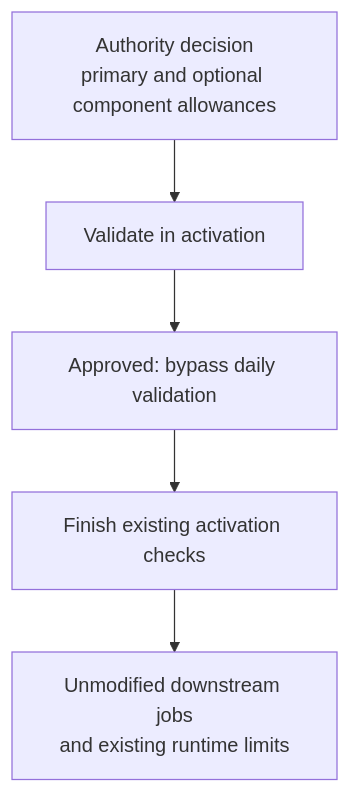
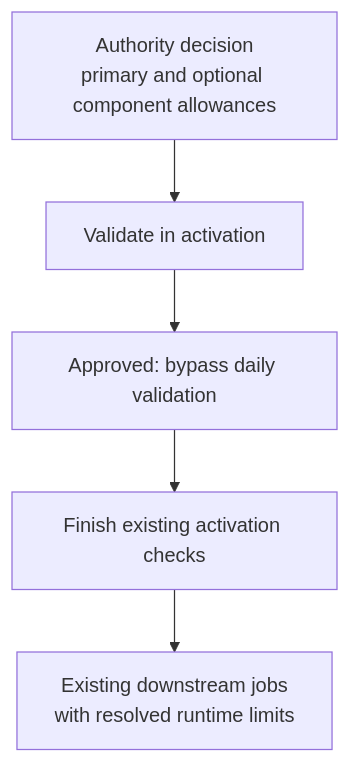
Before and after one commit to githubnext/gh-aw: the fifth of 5 diagrams in docs/src/content/docs/specs/admission-service-specification.md, drawn with Mermaid. The commit also changed other lines of this file and 358 other files, not shown here.

````diff
--- a/docs/src/content/docs/specs/admission-service-specification.md
+++ b/docs/src/content/docs/specs/admission-service-specification.md
@@ -553,7 +555,7 @@
 ```mermaid
 flowchart TD
     S["Authority decision<br/>primary and optional component allowances"] --> V["Validate in activation"]
     V --> A["Approved: bypass daily validation"]
     A --> F["Finish existing activation checks"]
-    F --> J["Unmodified downstream jobs<br/>and existing runtime limits"]
+    F --> J["Existing downstream jobs<br/>with resolved runtime limits"]
 ```
````
